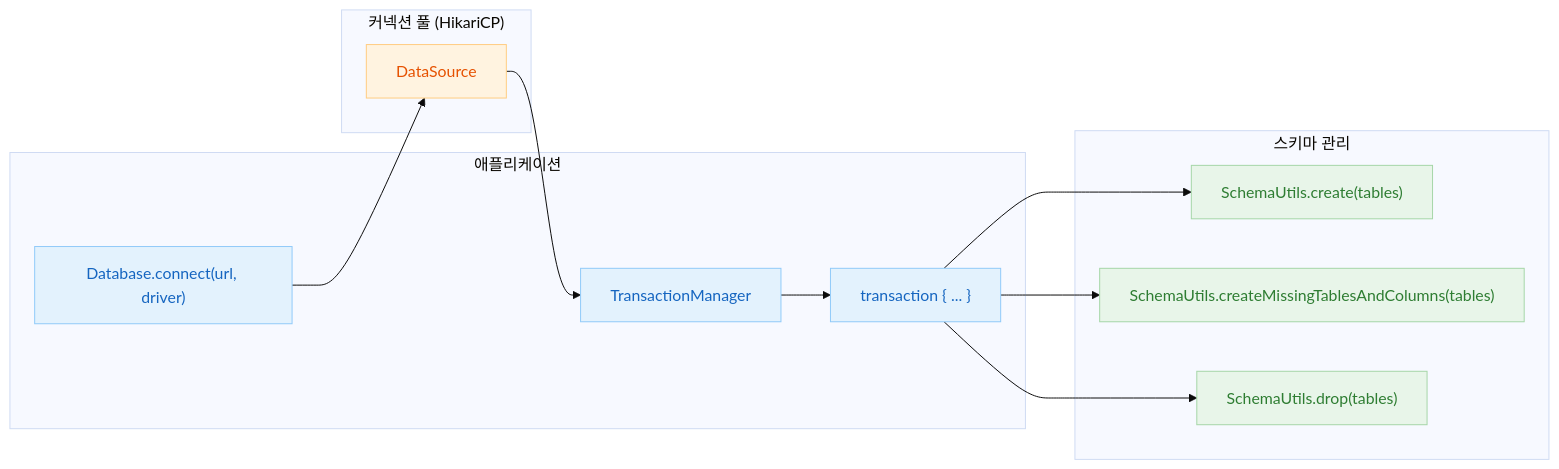
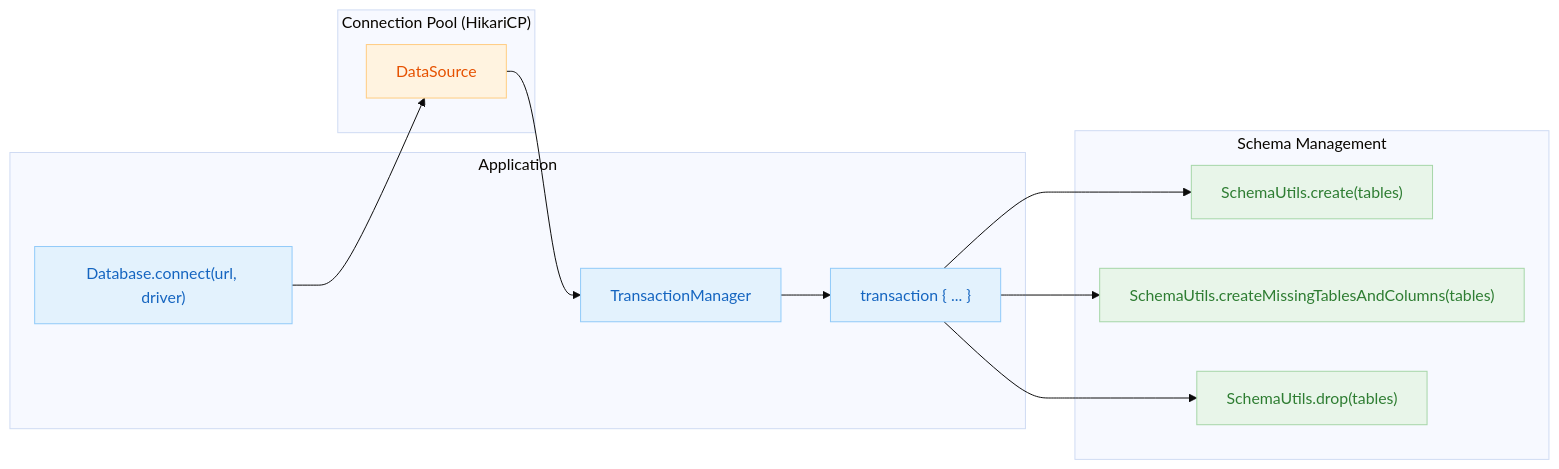
Before and after one commit to bluetape4k/exposed-workshop: the diagram in 04-exposed-ddl/README.md, drawn with Mermaid (base theme). The commit also changed other lines of this file and 115 other files, not shown here.

````diff
--- a/04-exposed-ddl/README.md
+++ b/04-exposed-ddl/README.md
@@ -26,32 +26,32 @@
 ```mermaid
 flowchart LR
-    subgraph App["애플리케이션"]
+    subgraph App["Application"]
         DB["Database.connect(url, driver)"]
         TP["TransactionManager"]
         TX["transaction { ... }"]
     end
 
-    subgraph DDL["스키마 관리"]
+    subgraph DDL["Schema Management"]
         SC["SchemaUtils.create(tables)"]
         SM["SchemaUtils.createMissingTablesAndColumns(tables)"]
         SD["SchemaUtils.drop(tables)"]
     end
 
-    subgraph Pool["커넥션 풀 (HikariCP)"]
+    subgraph Pool["Connection Pool (HikariCP)"]
         DS["DataSource"]
     end
 
     DB --> DS
     DS --> TP
     TP --> TX
     TX --> SC & SM & SD
 
     classDef blue fill:#E3F2FD,stroke:#90CAF9,color:#1565C0
     classDef green fill:#E8F5E9,stroke:#A5D6A7,color:#2E7D32
     classDef orange fill:#FFF3E0,stroke:#FFCC80,color:#E65100
     classDef purple fill:#F3E5F5,stroke:#CE93D8,color:#6A1B9A
 
     class DB,TP,TX blue
     class SC,SM,SD green
     class DS orange
 ```
````
